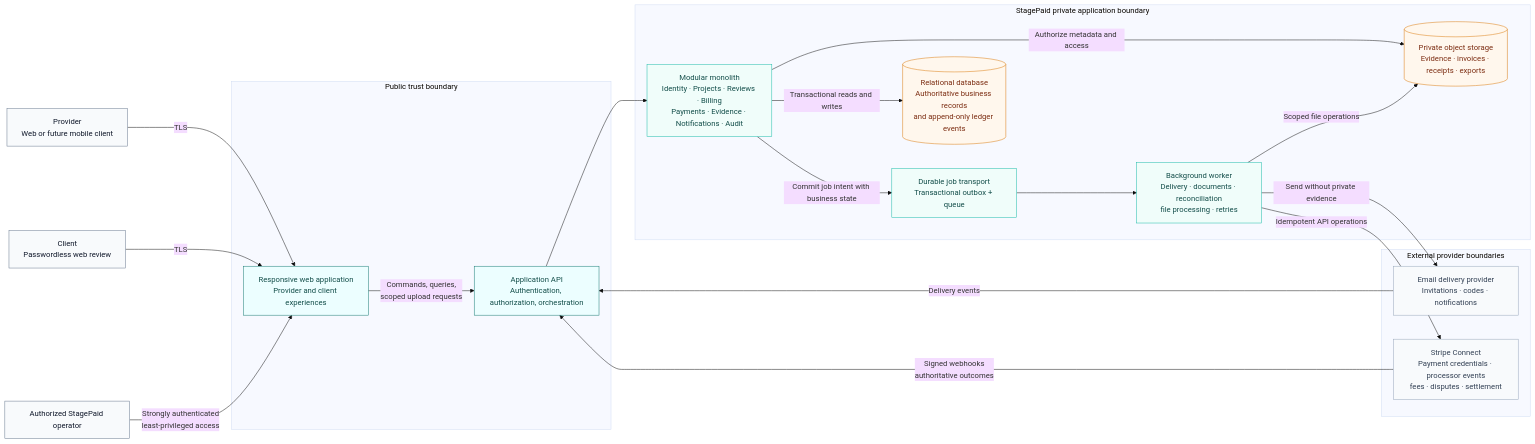
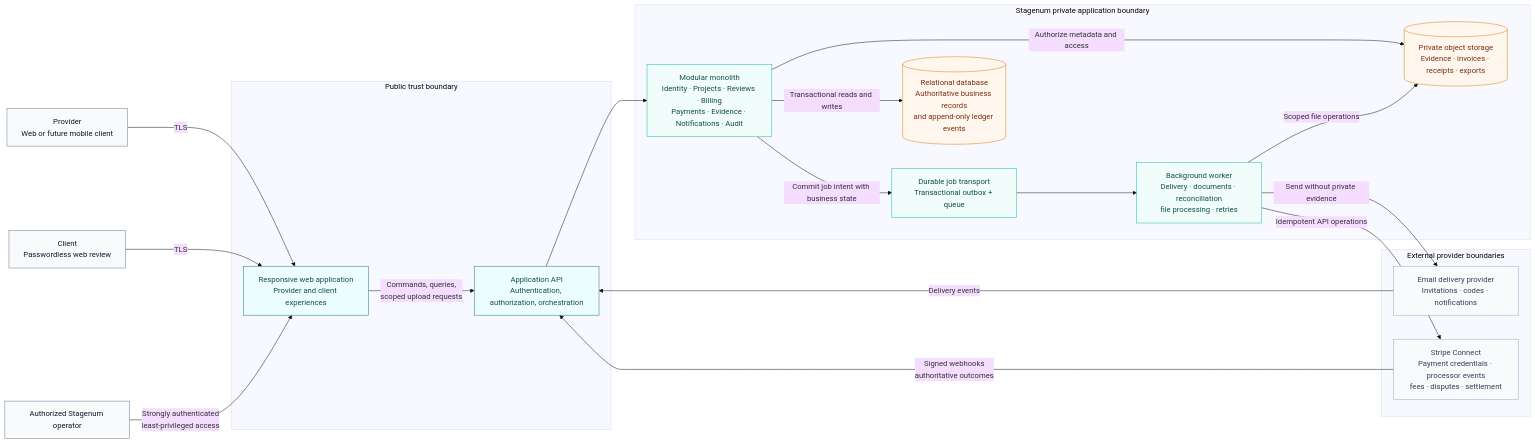
Before and after one commit to atreyhazelhispanic/stagenum: the diagram in docs/architecture/diagrams/system-containers.mmd, drawn with Mermaid (base theme). The commit also changed 37 other files, not shown here.

Commit message:
chore: rebrand StagePaid as Stagenum

```diff
--- a/docs/architecture/diagrams/system-containers.mmd
+++ b/docs/architecture/diagrams/system-containers.mmd
@@ -1,49 +1,49 @@
 flowchart LR
     provider["Provider\nWeb or future mobile client"]
     client["Client\nPasswordless web review"]
-    operator["Authorized StagePaid operator"]
+    operator["Authorized Stagenum operator"]
 
     subgraph edge["Public trust boundary"]
         web["Responsive web application\nProvider and client experiences"]
         api["Application API\nAuthentication, authorization, orchestration"]
     end
 
-    subgraph app["StagePaid private application boundary"]
+    subgraph app["Stagenum private application boundary"]
         modules["Modular monolith\nIdentity · Projects · Reviews · Billing\nPayments · Evidence · Notifications · Audit"]
         worker["Background worker\nDelivery · documents · reconciliation\nfile processing · retries"]
         outbox["Durable job transport\nTransactional outbox + queue"]
         db[("Relational database\nAuthoritative business records\nand append-only ledger events")]
         objects[("Private object storage\nEvidence · invoices · receipts · exports")]
     end
 
     subgraph external["External provider boundaries"]
         email["Email delivery provider\nInvitations · codes · notifications"]
         stripe["Stripe Connect\nPayment credentials · processor events\nfees · disputes · settlement"]
     end
 
     provider -->|"TLS"| web
     client -->|"TLS"| web
     operator -->|"Strongly authenticated\nleast-privileged access"| web
     web -->|"Commands, queries,\nscoped upload requests"| api
     api --> modules
     modules -->|"Transactional reads and writes"| db
     modules -->|"Authorize metadata and access"| objects
     modules -->|"Commit job intent with business state"| outbox
     outbox --> worker
     worker -->|"Scoped file operations"| objects
     worker -->|"Send without private evidence"| email
     worker -->|"Idempotent API operations"| stripe
     stripe -->|"Signed webhooks\nauthoritative outcomes"| api
     email -->|"Delivery events"| api
 
     classDef actor fill:#f8fafc,stroke:#64748b,color:#0f172a;
     classDef surface fill:#ecfeff,stroke:#0f766e,color:#134e4a;
     classDef service fill:#f0fdfa,stroke:#14b8a6,color:#134e4a;
     classDef data fill:#fff7ed,stroke:#d97706,color:#7c2d12;
     classDef outside fill:#f8fafc,stroke:#94a3b8,color:#334155;
 
     class provider,client,operator actor;
     class web,api surface;
     class modules,worker,outbox service;
     class db,objects data;
     class email,stripe outside;
```
